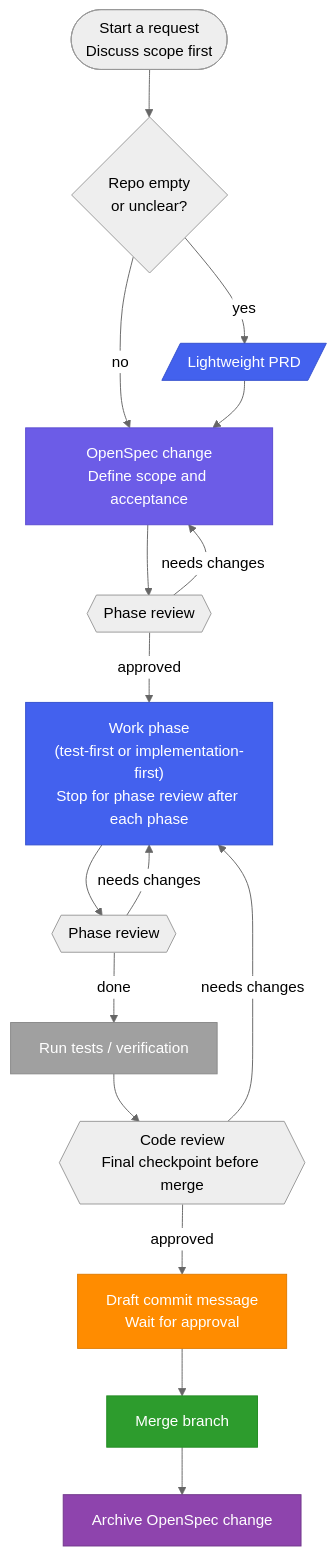
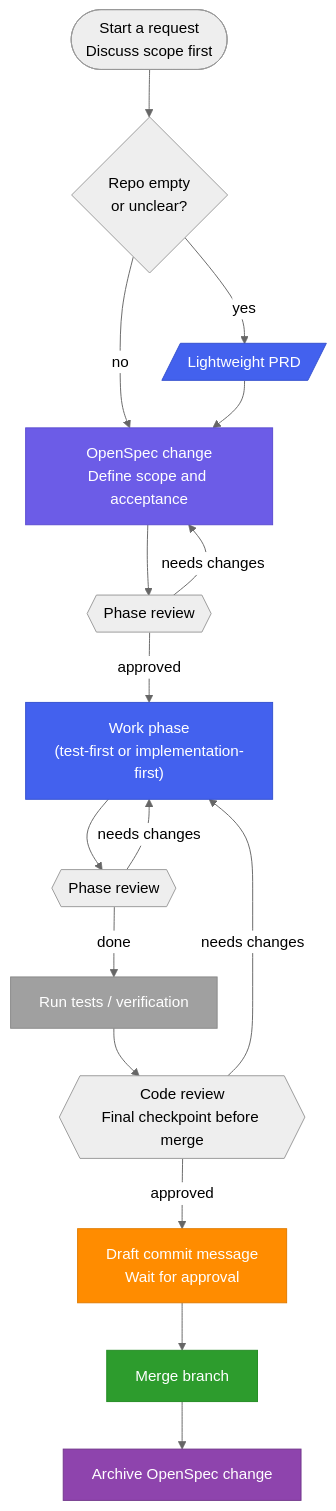
Before and after one commit to Ray-suen/spec-review-workflow: the diagram in README.md, drawn with Mermaid (neutral theme).

Commit message:
docs(readme): remove redundant phase review note from work node

````diff
--- a/README.md
+++ b/README.md
@@ -10,36 +10,36 @@
 ```mermaid
 flowchart TD
     START([Start a request<br>Discuss scope first]) --> NEED_PRD{Repo empty<br>or unclear?}
 
     NEED_PRD -->|yes| PRD
     NEED_PRD -->|no| SPEC
 
     PRD[/"Lightweight PRD"/] --> SPEC
     SPEC["OpenSpec change<br>Define scope and acceptance"] --> REVIEW1
 
     REVIEW1{{"Phase review"}}
     REVIEW1 -->|approved| WORK
     REVIEW1 -->|needs changes| SPEC
-    WORK["Work phase<br>(test-first or implementation-first)<br>Stop for phase review after each phase"] --> REVIEW2
+    WORK["Work phase<br>(test-first or implementation-first)"] --> REVIEW2
 
     REVIEW2{{"Phase review"}}
     REVIEW2 -->|done| VERIFY
     REVIEW2 -->|needs changes| WORK
 
     VERIFY["Run tests / verification"] --> CODE_REVIEW
 
     CODE_REVIEW{{"Code review<br>Final checkpoint before merge"}}
     CODE_REVIEW -->|approved| COMMIT
     CODE_REVIEW -->|needs changes| WORK
 
     COMMIT["Draft commit message<br>Wait for approval"] --> MERGE["Merge branch"]
     MERGE --> ARCHIVE["Archive OpenSpec change"]
 
     style PRD fill:#4361ee,stroke:#3451ce,color:#fff
     style SPEC fill:#6c5ce7,stroke:#5a4bd1,color:#fff
     style WORK fill:#4361ee,stroke:#3451ce,color:#fff
     style VERIFY fill:#a0a0a0,stroke:#888,color:#fff
     style COMMIT fill:#ff8c00,stroke:#e07b00,color:#fff
     style MERGE fill:#2d9c2d,stroke:#228B22,color:#fff
     style ARCHIVE fill:#8e44ad,stroke:#70368a,color:#fff
 ```
````
